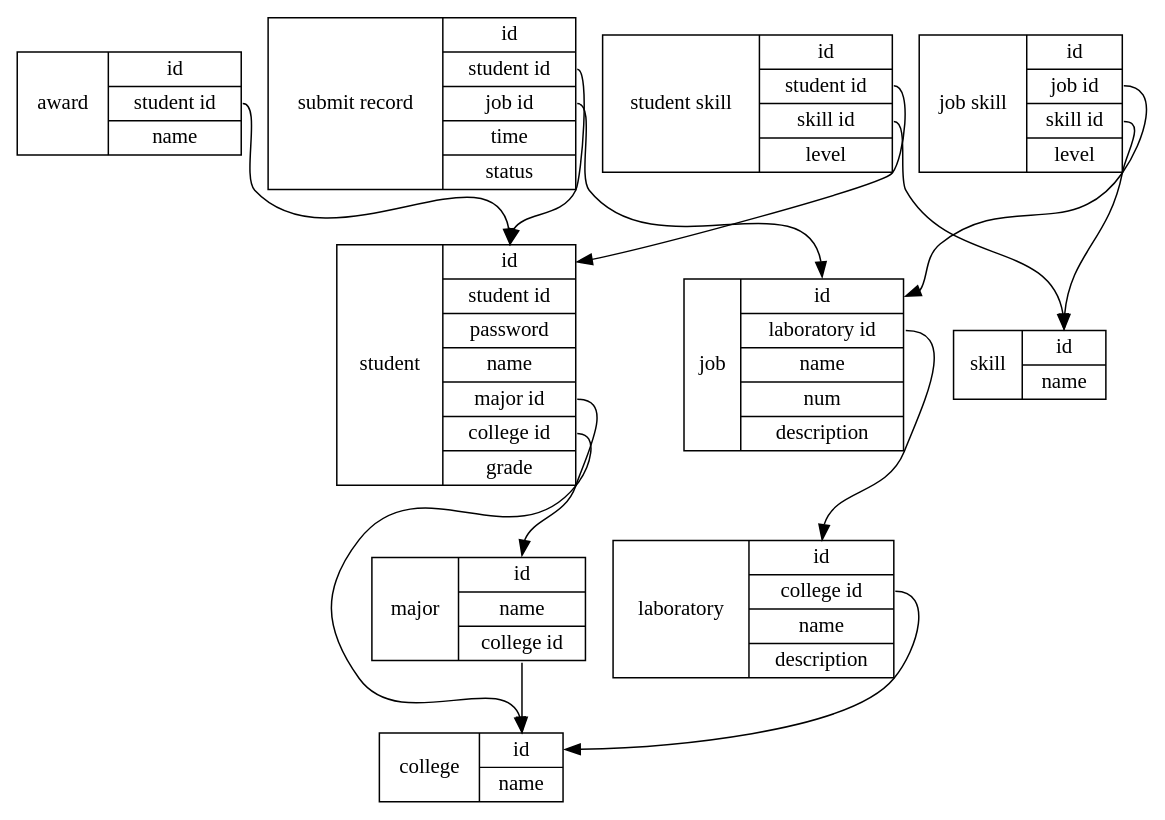
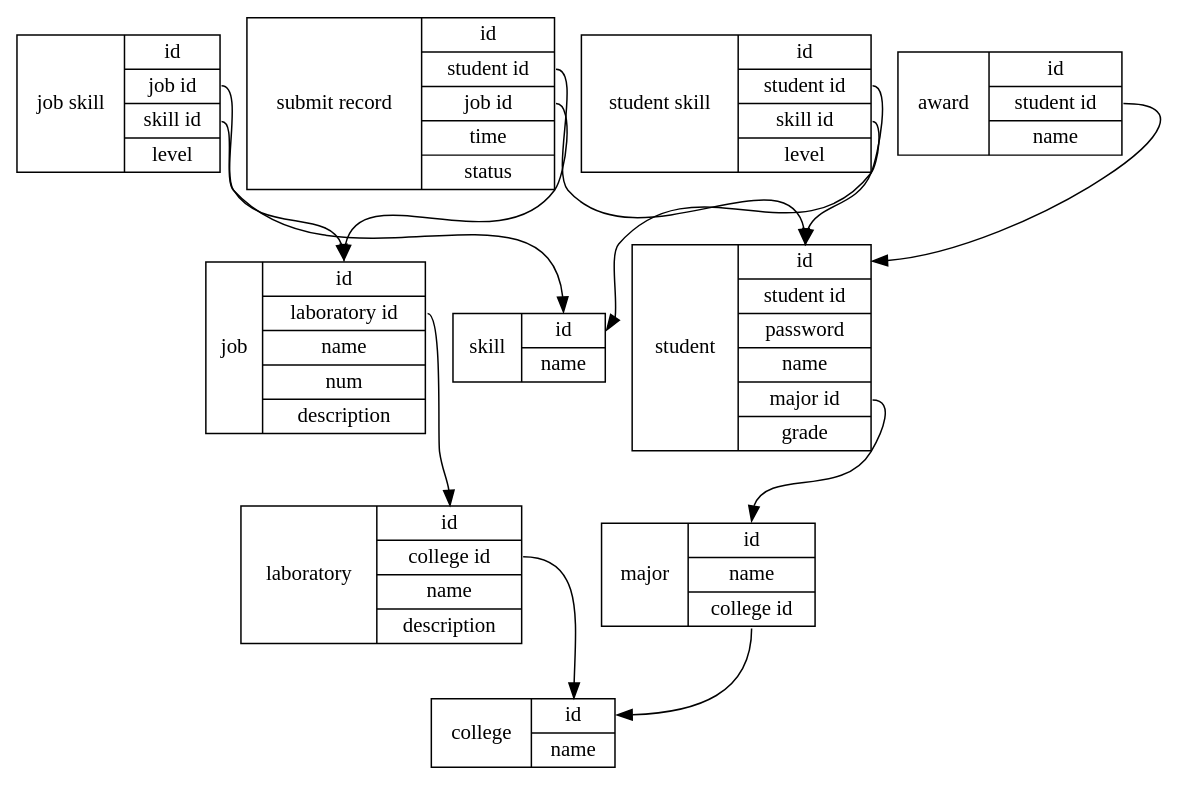
The diagram in database_table.dot (we-can-release-tomorrow-group/back-end), drawn with Graphviz before and after one commit. The commit also changed 1 other file, not shown here.

Commit message:
Remove college id from student table

```diff
--- a/database_table.dot
+++ b/database_table.dot
@@ -1,28 +1,27 @@
 digraph
 {
     node [shape=record];
 
-    student [label="student | {<id> id | student id | password | name |<major_id> major id |<college_id> college id | grade}"];
+    student [label="student | {<id> id | student id | password | name |<major_id> major id | grade}"];
     laboratory [label="laboratory | {<id> id |<college_id> college id | name | description}"];
     job [label="job | {<id> id |<laboratory_id> laboratory id | name | num | description}"];
     skill [label="skill | {<id> id | name}"]
     award [label="award | {id |<student_id> student id | name}"]
     college [label="college | {<id> id | name}"]
     major [label="major | {<id>id | name |<college_id> college id}"]
     student_skill [label="student skill | {id |<student_id> student id |<skill_id> skill id | level}"]
     submit_record [label="submit record | {id |<student_id> student id |<job_id> job id | time | status}"]
     job_skill [label="job skill | {id |<job_id> job id |<skill_id> skill id | level}"]
 
     student:major_id -> major:id;
-    student:college_id -> college:id;
     laboratory:college_id -> college:id;
     job:laboratory_id -> laboratory:id;
     award:student_id -> student:id;
     major:college_id -> college:id;
     student_skill:student_id -> student:id;
     student_skill:skill_id -> skill:id;
     submit_record:student_id -> student:id;
     submit_record:job_id -> job:id;
     job_skill:job_id -> job:id;
     job_skill:skill_id -> skill:id;
 }
```
